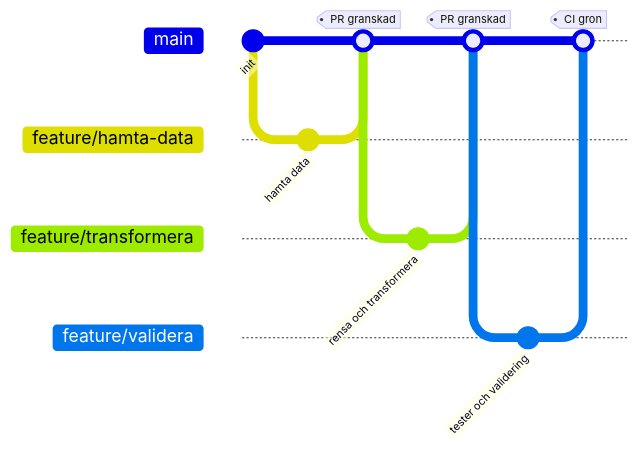
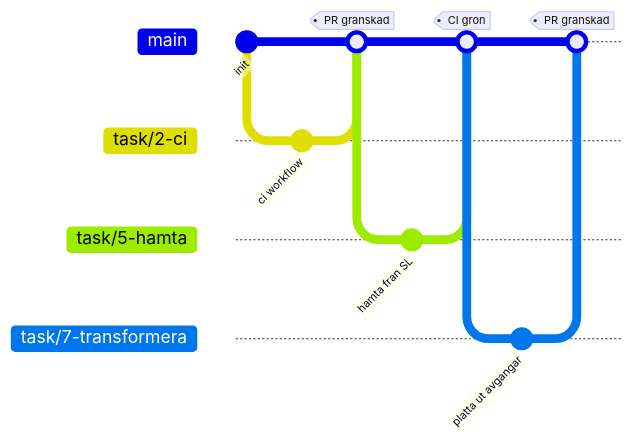
Before and after one commit to GHT4ngo/cicd-grupparbete-grupp7: the diagram in README.md, drawn with Mermaid. The commit also changed other lines of this file, not shown here.

````diff
--- a/README.md
+++ b/README.md
@@ -90,16 +91,16 @@
 ```mermaid
 gitGraph
    commit id: "init"
-   branch feature/hamta-data
-   commit id: "hamta data"
+   branch task/2-ci
+   commit id: "ci workflow"
    checkout main
-   merge feature/hamta-data tag: "PR granskad"
-   branch feature/transformera
-   commit id: "rensa och transformera"
+   merge task/2-ci tag: "PR granskad"
+   branch task/5-hamta
+   commit id: "hamta fran SL"
    checkout main
-   merge feature/transformera tag: "PR granskad"
-   branch feature/validera
-   commit id: "tester och validering"
+   merge task/5-hamta tag: "CI gron"
+   branch task/7-transformera
+   commit id: "platta ut avgangar"
    checkout main
-   merge feature/validera tag: "CI gron"
+   merge task/7-transformera tag: "PR granskad"
 ```
````
